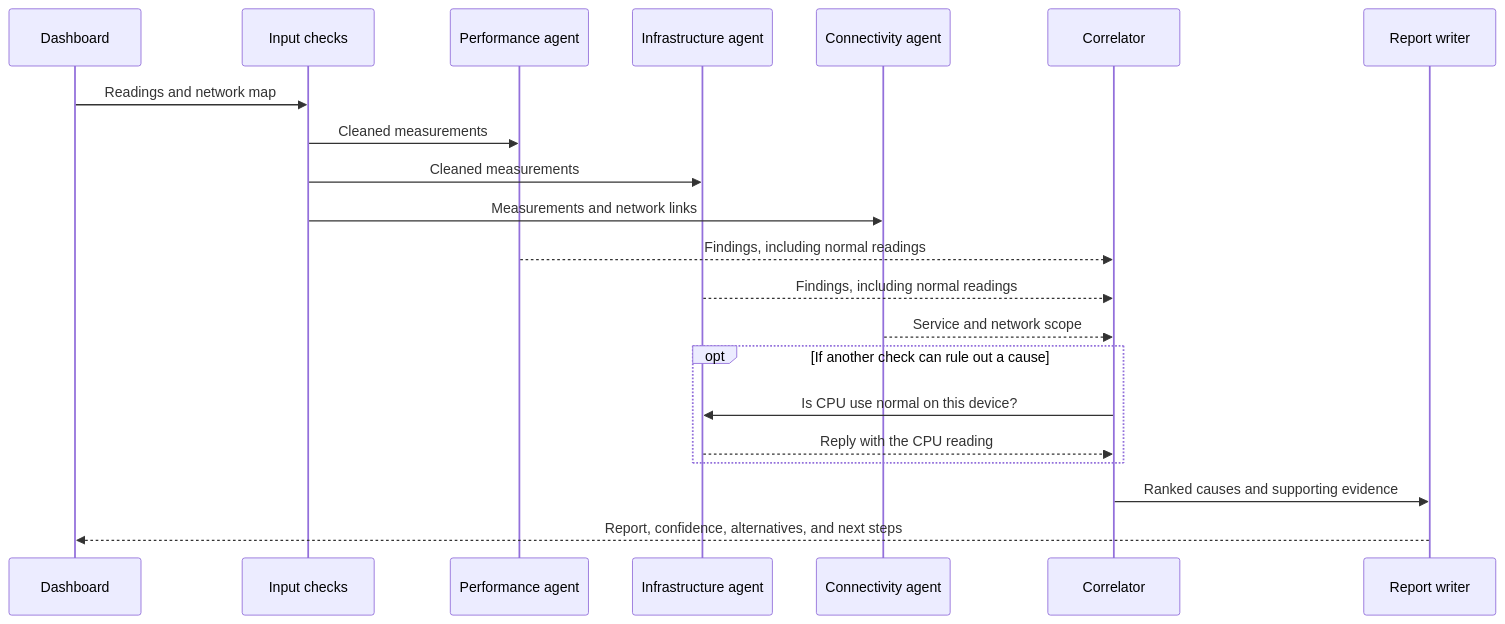
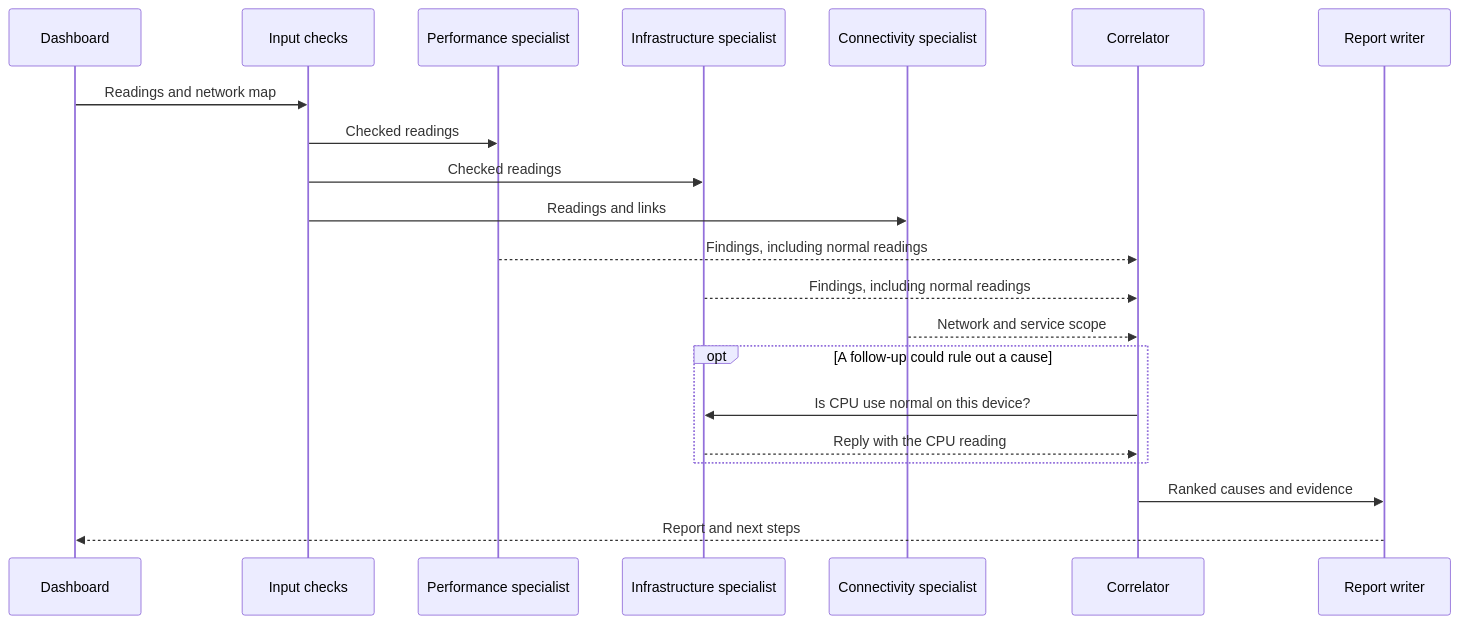
The second of 2 diagrams in README.md (shivansh19200/NetCoopAI), drawn with Mermaid before and after one commit. The commit also changed other lines of this file and 2 other files, not shown here.

````diff
--- a/README.md
+++ b/README.md
@@ -56,23 +54,23 @@
 ```mermaid
 sequenceDiagram
     participant UI as Dashboard
     participant Input as Input checks
-    participant P as Performance agent
-    participant I as Infrastructure agent
-    participant C as Connectivity agent
+    participant P as Performance specialist
+    participant I as Infrastructure specialist
+    participant C as Connectivity specialist
     participant R as Correlator
     participant W as Report writer
     UI->>Input: Readings and network map
-    Input->>P: Cleaned measurements
-    Input->>I: Cleaned measurements
-    Input->>C: Measurements and network links
+    Input->>P: Checked readings
+    Input->>I: Checked readings
+    Input->>C: Readings and links
     P-->>R: Findings, including normal readings
     I-->>R: Findings, including normal readings
-    C-->>R: Service and network scope
-    opt If another check can rule out a cause
+    C-->>R: Network and service scope
+    opt A follow-up could rule out a cause
         R->>I: Is CPU use normal on this device?
         I-->>R: Reply with the CPU reading
     end
-    R->>W: Ranked causes and supporting evidence
-    W-->>UI: Report, confidence, alternatives, and next steps
+    R->>W: Ranked causes and evidence
+    W-->>UI: Report and next steps
 ```
````
